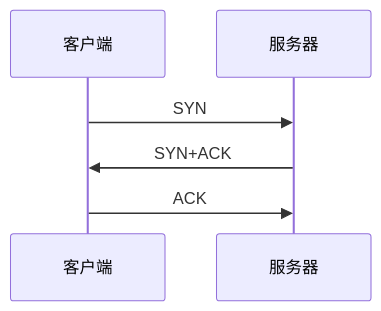
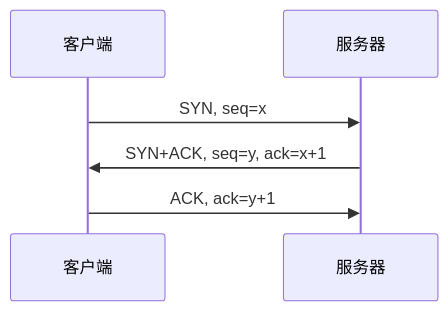
Before and after one commit to lfm147258369/blog: the eighth of 11 diagrams in MyVault/期末/计算机网络期末.md, drawn with Mermaid. The commit also changed other lines of this file, not shown here.

````diff
--- a/MyVault/期末/计算机网络期末.md
+++ b/MyVault/期末/计算机网络期末.md
@@ -2490,6 +420,6 @@
-```mermaid
-sequenceDiagram
-客户端->>服务器:SYN
-服务器->>客户端:SYN+ACK
-客户端->>服务器:ACK
-```
+  ```mermaid
+  sequenceDiagram
+      客户端->>服务器: SYN, seq=x
+      服务器->>客户端: SYN+ACK, seq=y, ack=x+1
+      客户端->>服务器: ACK, ack=y+1
+  ```
````
